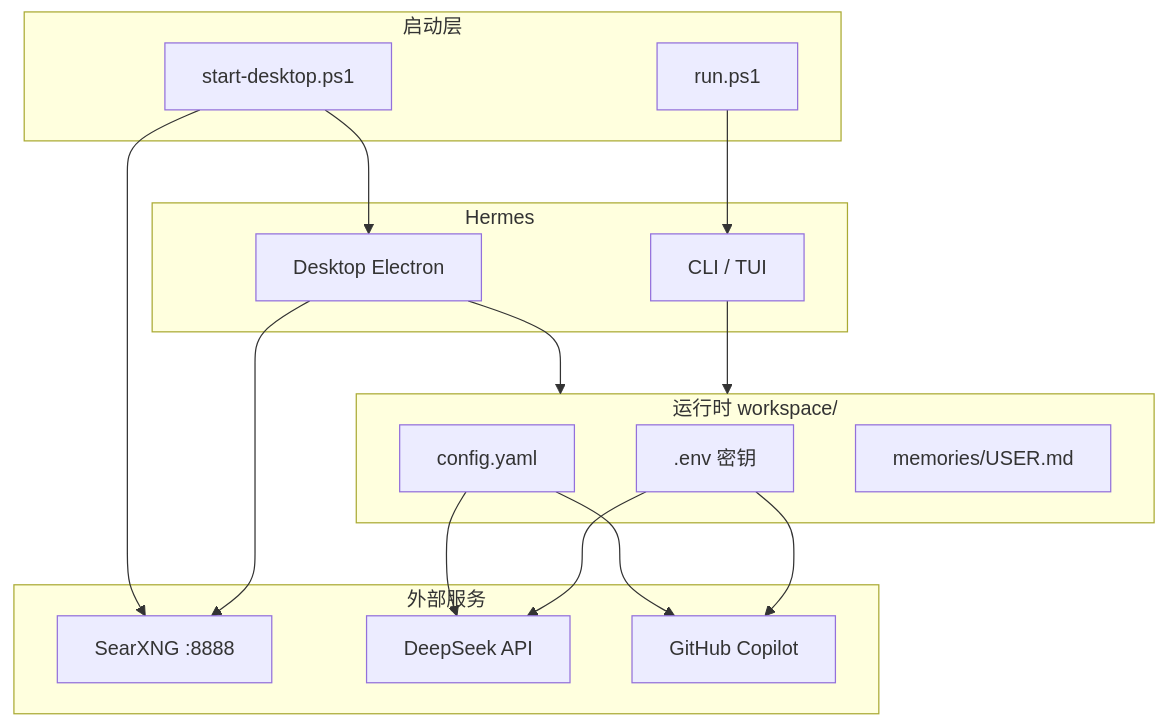
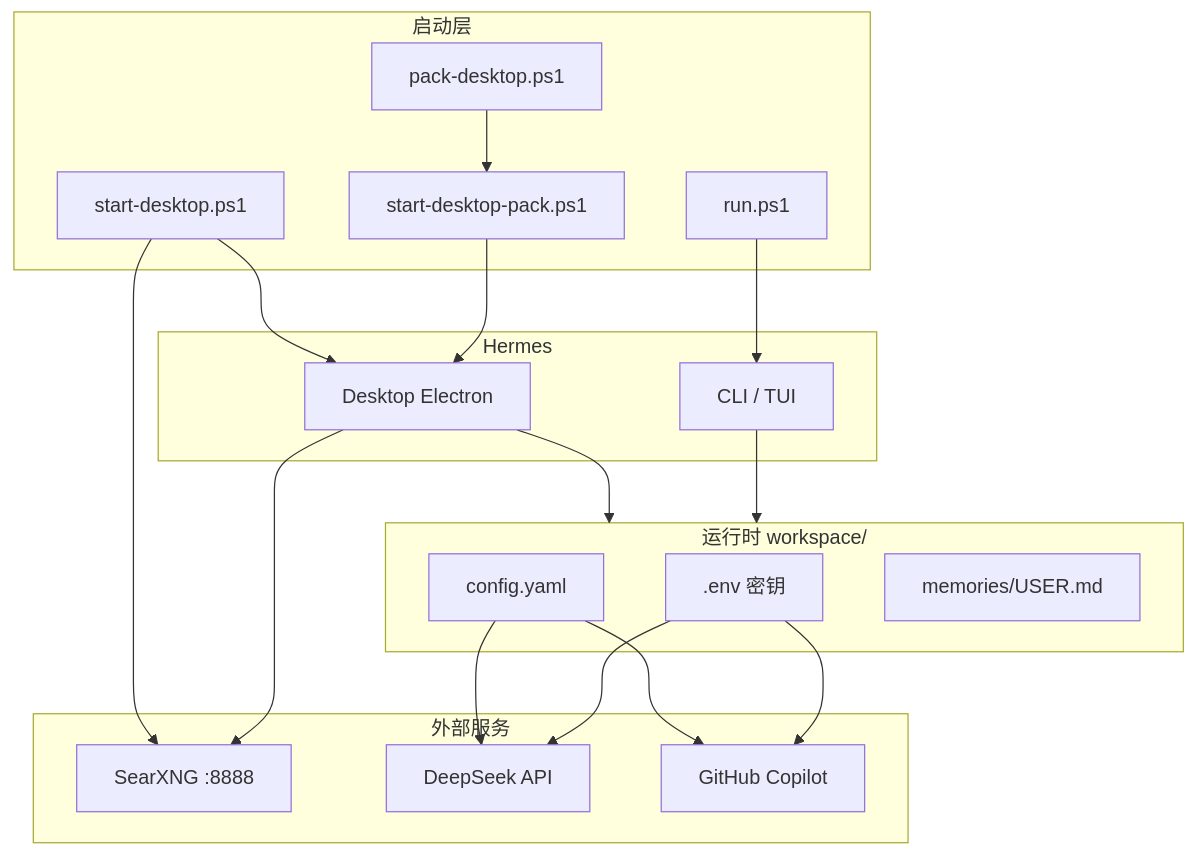
One commit to JFM-2005/JFM_HermesAgent_v0.1.0 changed the diagram in README.md. Above: the diagram before and after it, drawn with Mermaid. The commit also changed other lines of this file and 15 other files, not shown here.

````diff
--- a/README.md
+++ b/README.md
@@ -28,35 +32,39 @@
 ```mermaid
 flowchart TB
   subgraph launch["启动层"]
     SD["start-desktop.ps1"]
+    PK["pack-desktop.ps1"]
+    SP["start-desktop-pack.ps1"]
     RP["run.ps1"]
   end
 
   subgraph runtime["运行时 workspace/"]
     ENV[".env 密钥"]
     CFG["config.yaml"]
     MEM["memories/USER.md"]
   end
 
   subgraph services["外部服务"]
     SX["SearXNG :8888"]
     DS["DeepSeek API"]
     CP["GitHub Copilot"]
   end
 
   subgraph app["Hermes"]
     CLI["CLI / TUI"]
     DESK["Desktop Electron"]
   end
 
   SD --> SX
   SD --> DESK
+  PK --> SP
+  SP --> DESK
   RP --> CLI
   DESK --> runtime
   CLI --> runtime
   CFG --> DS
   CFG --> CP
   ENV --> DS
   ENV --> CP
   DESK --> SX
 ```
````
